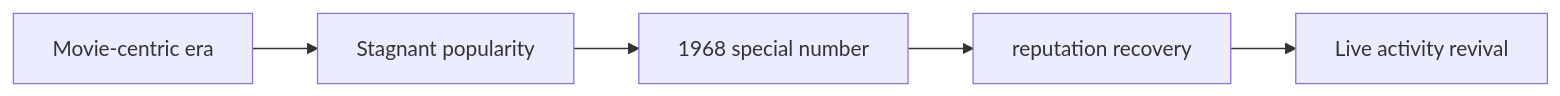
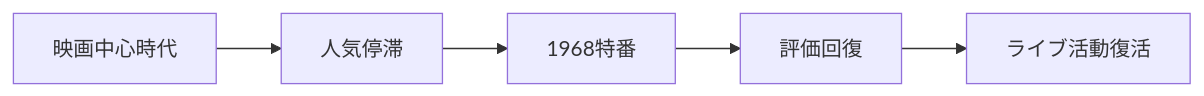
One commit to monumental-movement/monumental-movement.github.io changed the third of 4 diagrams in en/_posts/2026-06-25-column-elvis-presley.md. Above: the diagram before and after it, drawn with Mermaid. The commit also changed other lines of this file and 2196 other files, not shown here.

```diff
--- a/en/_posts/2026-06-25-column-elvis-presley.md
+++ b/en/_posts/2026-06-25-column-elvis-presley.md
@@ -268,8 +267,8 @@
 <div class="mermaid">
 flowchart LR
-A[Movie-centric era]
---> B[Stagnant popularity]
---> C[1968 special number]
---> D[reputation recovery]
---> E[Live activity revival]
+A[映画中心時代]
+--> B[人気停滞]
+--> C[1968特番]
+--> D[評価回復]
+--> E[ライブ活動復活]
 </div>
```
